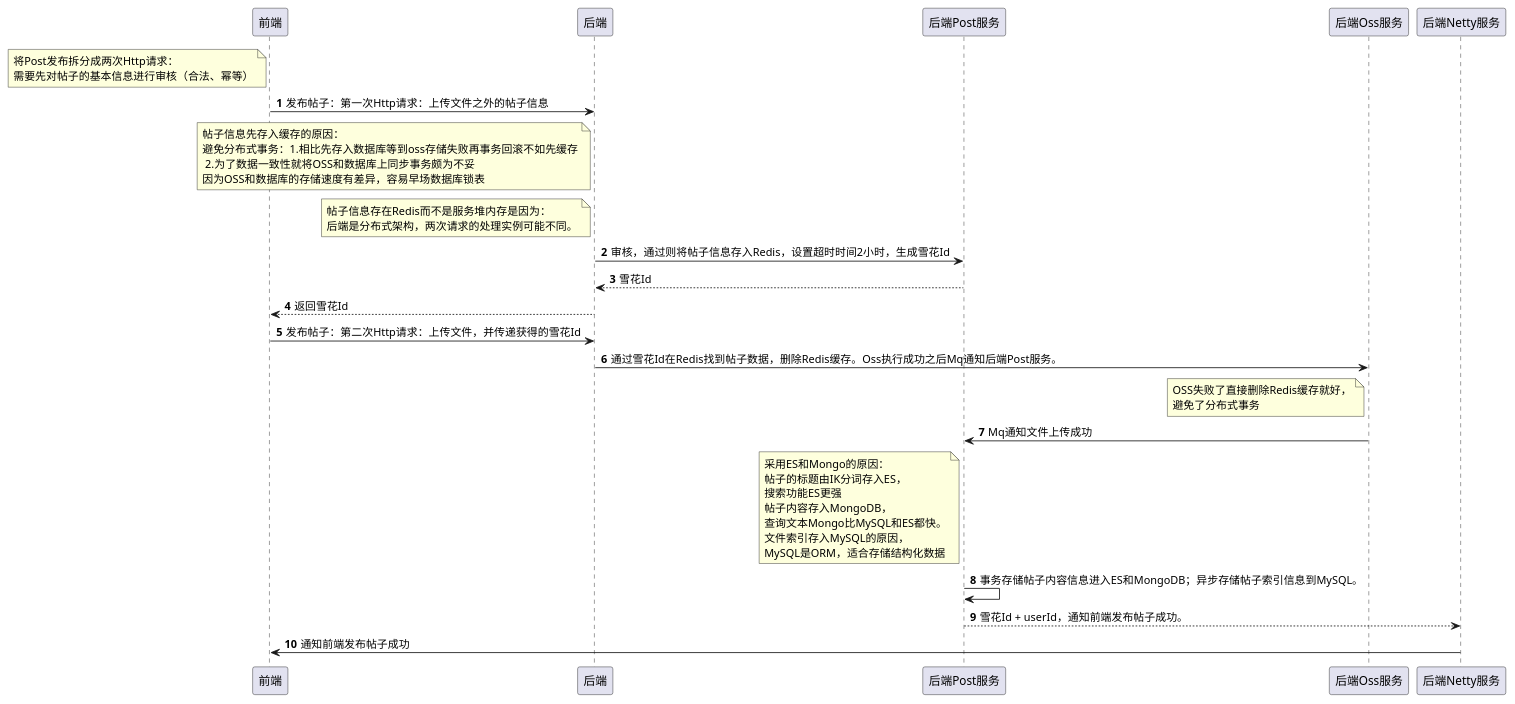
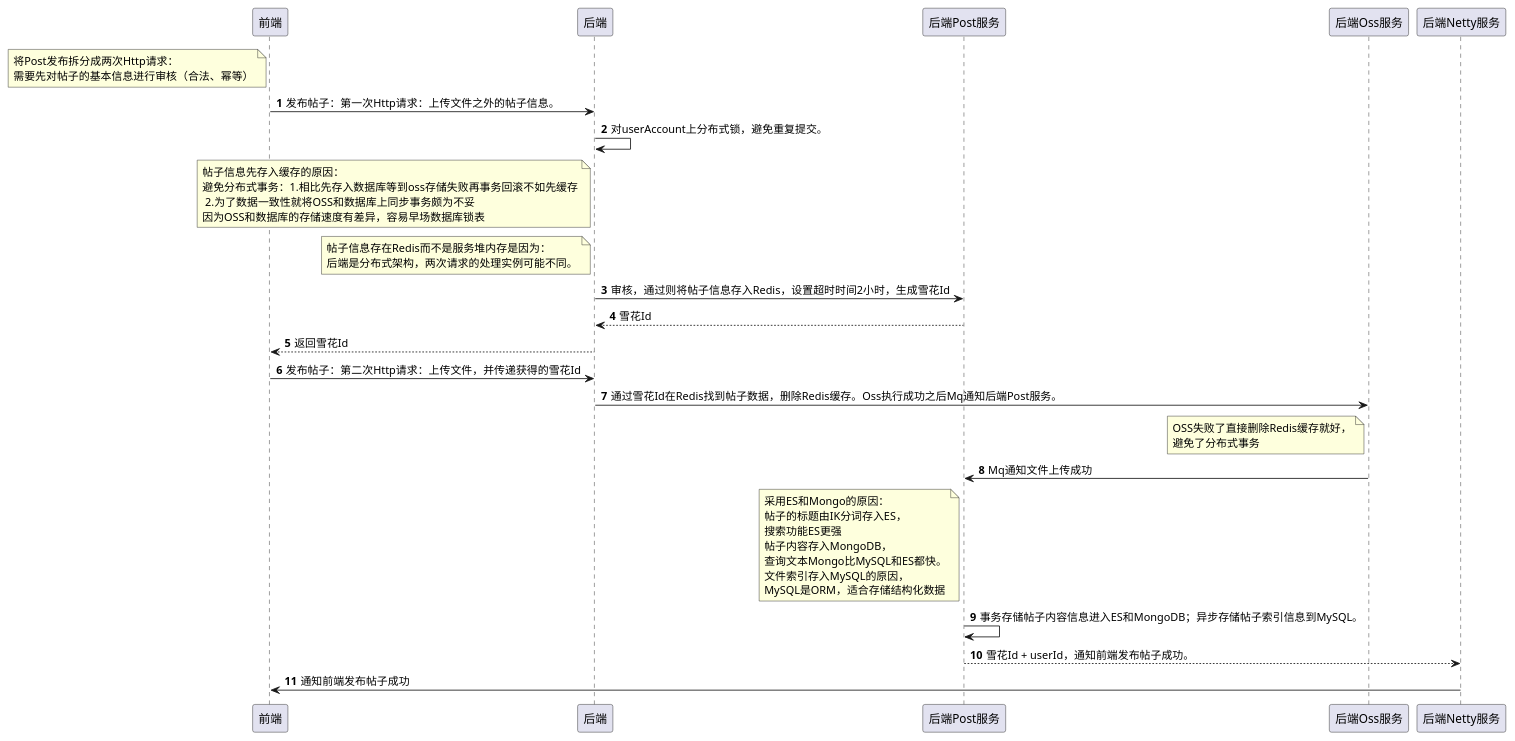
One commit to nangong918/SmartMedicine-App changed the diagram in spring-server/business/post-service/docs/发布帖子.puml. Above: the diagram before and after it, drawn with PlantUML. The commit also changed 13 other files, not shown here.

```diff
--- a/spring-server/business/post-service/docs/发布帖子.puml
+++ b/spring-server/business/post-service/docs/发布帖子.puml
@@ -1,22 +1,23 @@
 @startuml
 'https://plantuml.com/sequence-diagram
 
 autonumber
 
 note left of 前端: 将Post发布拆分成两次Http请求：\n需要先对帖子的基本信息进行审核（合法、幂等）
-前端 -> 后端: 发布帖子：第一次Http请求：上传文件之外的帖子信息
+前端 -> 后端: 发布帖子：第一次Http请求：上传文件之外的帖子信息。
+后端 -> 后端: 对userAccount上分布式锁，避免重复提交。
 note left of 后端: 帖子信息先存入缓存的原因：\n避免分布式事务：1.相比先存入数据库等到oss存储失败再事务回滚不如先缓存\n 2.为了数据一致性就将OSS和数据库上同步事务颇为不妥\n因为OSS和数据库的存储速度有差异，容易早场数据库锁表
 note left of 后端: 帖子信息存在Redis而不是服务堆内存是因为：\n后端是分布式架构，两次请求的处理实例可能不同。
 后端 -> 后端Post服务: 审核，通过则将帖子信息存入Redis，设置超时时间2小时，生成雪花Id
 后端Post服务 --> 后端: 雪花Id
 后端 --> 前端: 返回雪花Id
 前端 -> 后端: 发布帖子：第二次Http请求：上传文件，并传递获得的雪花Id
 后端 -> 后端Oss服务: 通过雪花Id在Redis找到帖子数据，删除Redis缓存。Oss执行成功之后Mq通知后端Post服务。
 note left of 后端Oss服务: OSS失败了直接删除Redis缓存就好，\n避免了分布式事务
 后端Oss服务 -> 后端Post服务: Mq通知文件上传成功
 note left of 后端Post服务: 采用ES和Mongo的原因：\n帖子的标题由IK分词存入ES，\n搜索功能ES更强\n帖子内容存入MongoDB，\n查询文本Mongo比MySQL和ES都快。\n文件索引存入MySQL的原因，\nMySQL是ORM，适合存储结构化数据
 后端Post服务 -> 后端Post服务: 事务存储帖子内容信息进入ES和MongoDB；异步存储帖子索引信息到MySQL。
 后端Post服务 --> 后端Netty服务: 雪花Id + userId，通知前端发布帖子成功。
 后端Netty服务 -> 前端: 通知前端发布帖子成功
 
 @enduml
```
